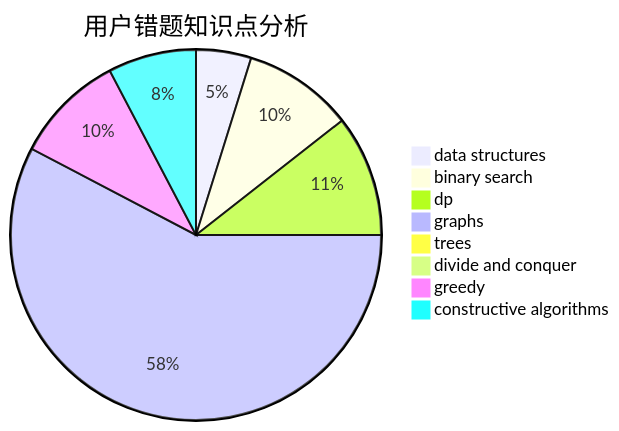
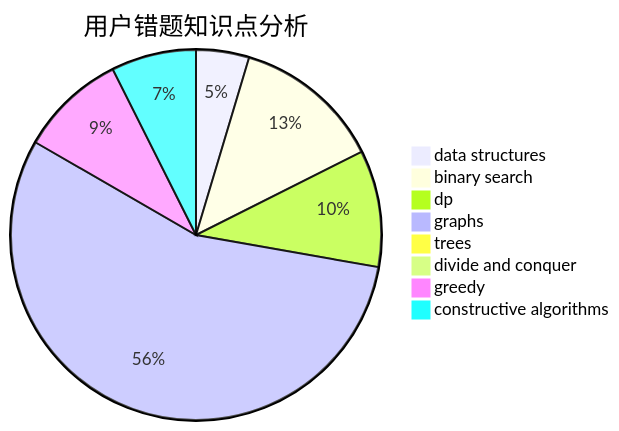
Before and after one commit to sherpahu/cfrs.github.io: the third of 3 diagrams in docs/user/u552.md, drawn with Mermaid. The commit also changed other lines of this file and 2770 other files, not shown here.

````diff
--- a/docs/user/u552.md
+++ b/docs/user/u552.md
@@ -36,11 +36,11 @@
 ```mermaid
 pie title 用户错题知识点分析
     "data structures" :  5
-    "binary search" :  10
+    "binary search" :  14
     "dp" :  11
     "graphs" :  60
     "trees" :  0
     "divide and conquer" :  0
     "greedy" :  10
     "constructive algorithms" :  8
 ```
````
